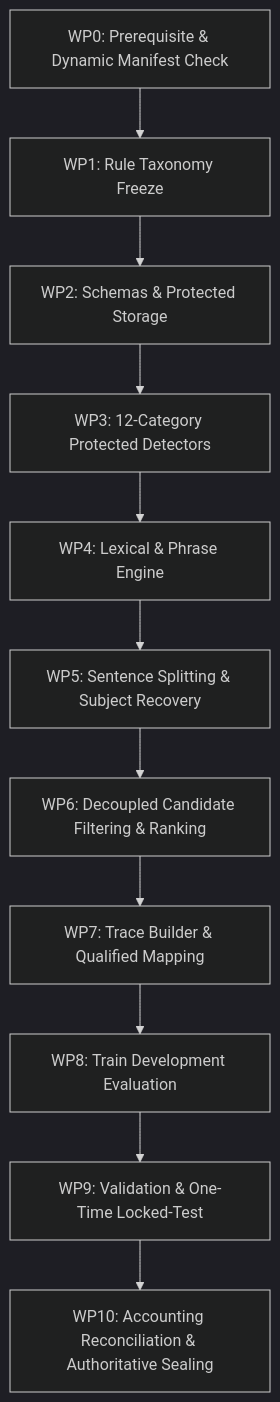
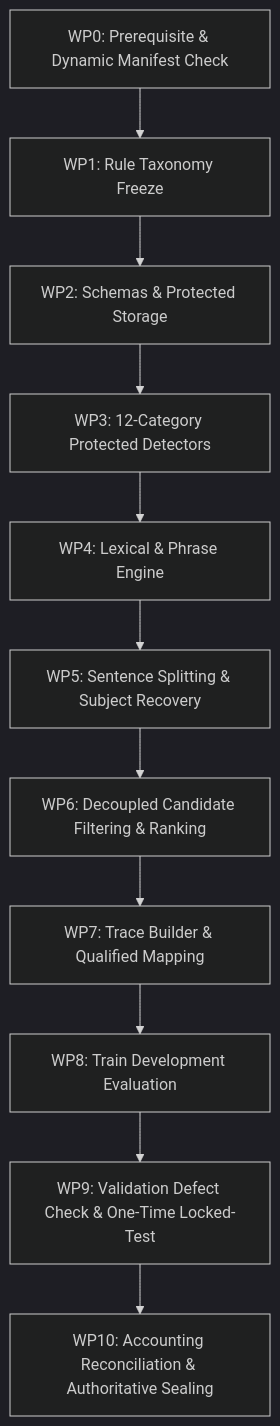
The second of 2 diagrams in docs/stage33_implementation_plan.md (LasinduDeshan/Language_Simplification_MVP), drawn with Mermaid (dark theme) before and after one commit. The commit also changed other lines of this file and 1 other file, not shown here.

````diff
--- a/docs/stage33_implementation_plan.md
+++ b/docs/stage33_implementation_plan.md
@@ -313,13 +349,13 @@
 ```mermaid
 flowchart TD
     WP0["WP0: Prerequisite & Dynamic Manifest Check"] --> WP1["WP1: Rule Taxonomy Freeze"]
     WP1 --> WP2["WP2: Schemas & Protected Storage"]
     WP2 --> WP3["WP3: 12-Category Protected Detectors"]
     WP3 --> WP4["WP4: Lexical & Phrase Engine"]
     WP4 --> WP5["WP5: Sentence Splitting & Subject Recovery"]
     WP5 --> WP6["WP6: Decoupled Candidate Filtering & Ranking"]
     WP6 --> WP7["WP7: Trace Builder & Qualified Mapping"]
     WP7 --> WP8["WP8: Train Development Evaluation"]
-    WP8 --> WP9["WP9: Validation & One-Time Locked-Test"]
+    WP8 --> WP9["WP9: Validation Defect Check & One-Time Locked-Test"]
     WP9 --> WP10["WP10: Accounting Reconciliation & Authoritative Sealing"]
 ```
````
